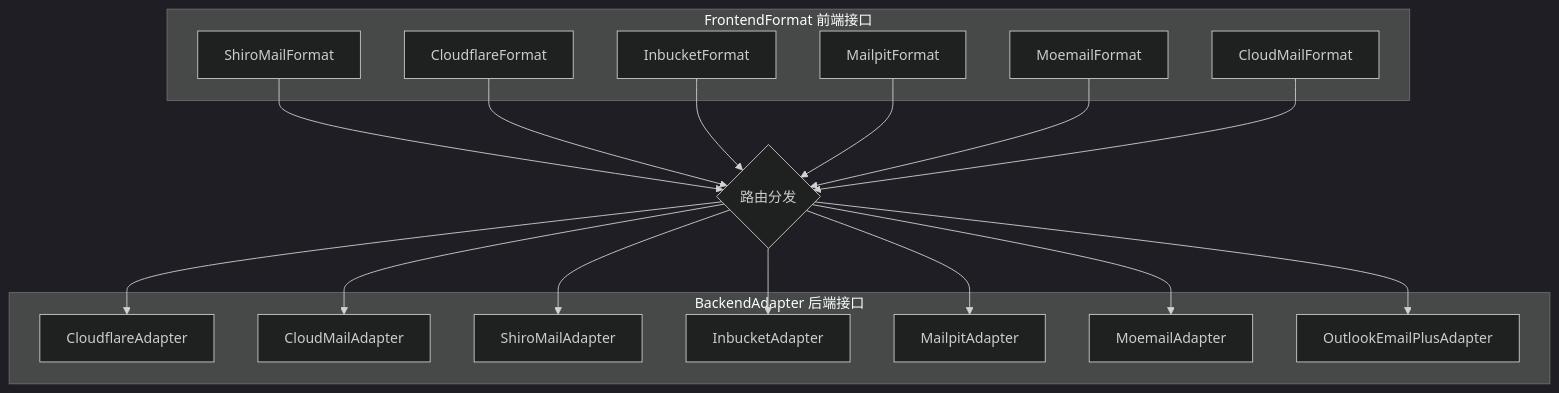
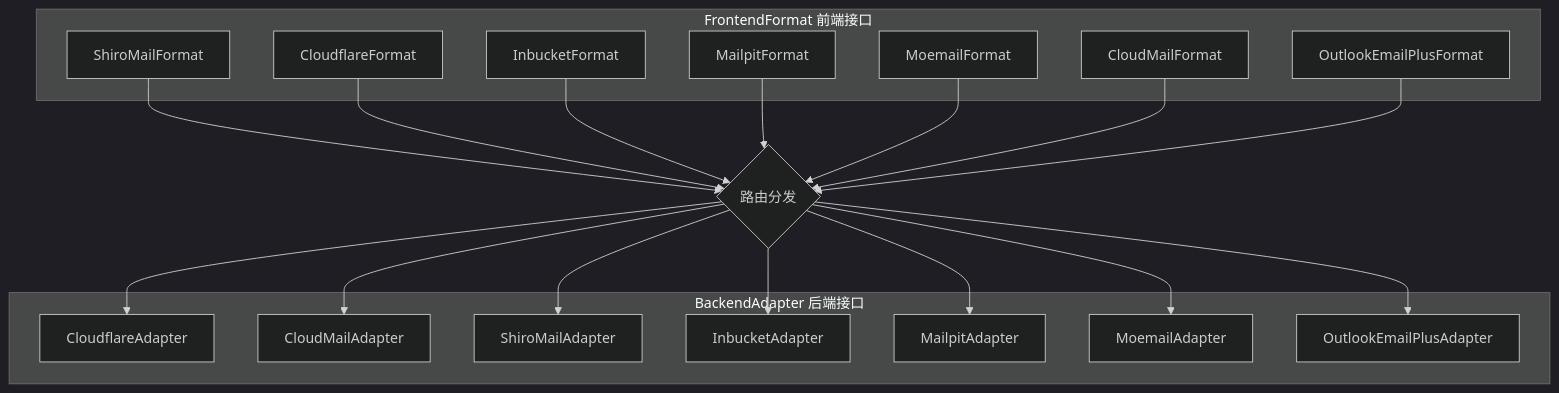
The second of 3 diagrams in README.md (WangChuDi/everyMail), drawn with Mermaid (dark theme) before and after one commit. The commit also changed other lines of this file and 5 other files, not shown here.

First line of the commit message:
feat: add OutlookEmailPlus frontend format

````diff
--- a/README.md
+++ b/README.md
@@ -418,24 +436,25 @@
 ```mermaid
 graph TB
     subgraph "FrontendFormat 前端接口"
         F1[ShiroMailFormat]
         F2[CloudflareFormat]
         F3[InbucketFormat]
         F4[MailpitFormat]
         F5[MoemailFormat]
         F6[CloudMailFormat]
+        F7[OutlookEmailPlusFormat]
     end
 
     subgraph "BackendAdapter 后端接口"
         B1[CloudflareAdapter]
         B2[CloudMailAdapter]
         B3[ShiroMailAdapter]
         B4[InbucketAdapter]
         B5[MailpitAdapter]
         B6[MoemailAdapter]
         B7[OutlookEmailPlusAdapter]
     end
 
-    F1 & F2 & F3 & F4 & F5 & F6 --> Router{路由分发}
+    F1 & F2 & F3 & F4 & F5 & F6 & F7 --> Router{路由分发}
     Router --> B1 & B2 & B3 & B4 & B5 & B6 & B7
 ```
````
